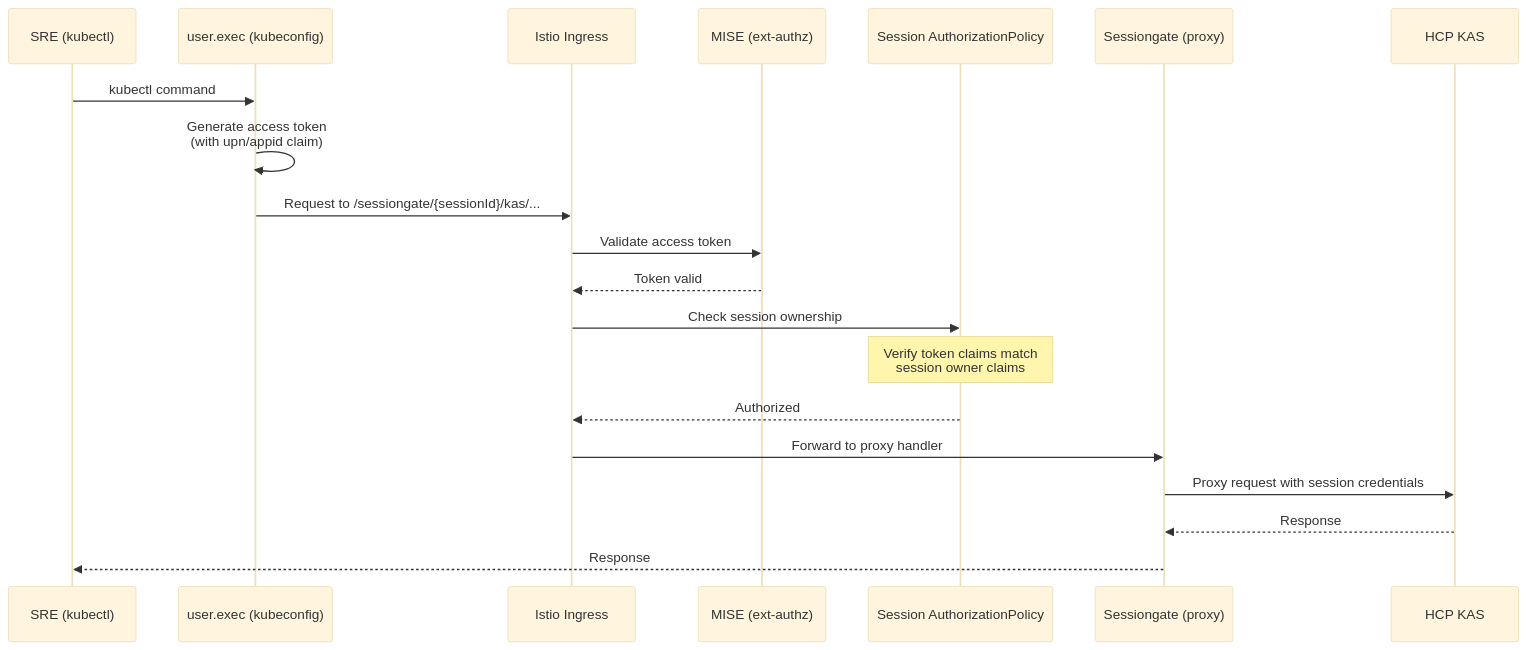
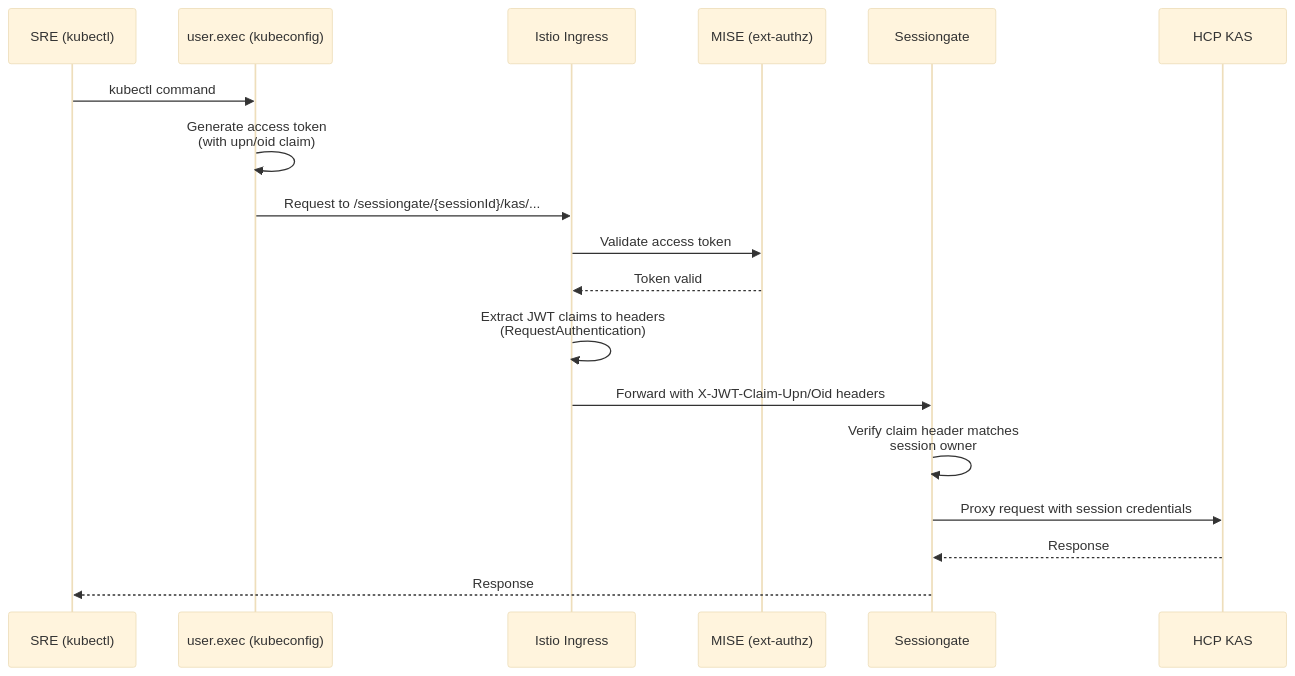
One commit to Azure/ARO-HCP changed the diagram in admin/breakglass.md. Above: the diagram before and after it, drawn with Mermaid (base theme). The commit also changed other lines of this file, not shown here.

````diff
--- a/admin/breakglass.md
+++ b/admin/breakglass.md
@@ -62,23 +62,21 @@
 ```mermaid
 sequenceDiagram
     participant SRE as SRE (kubectl)
     participant Exec as user.exec (kubeconfig)
     participant Istio as Istio Ingress
     participant MISE as MISE (ext-authz)
-    participant AuthPolicy as Session AuthorizationPolicy
-    participant SG as Sessiongate (proxy)
+    participant SG as Sessiongate
     participant HCP as HCP KAS
 
     SRE->>Exec: kubectl command
-    Exec->>Exec: Generate access token<br/>(with upn/appid claim)
+    Exec->>Exec: Generate access token<br/>(with upn/oid claim)
     Exec->>Istio: Request to /sessiongate/{sessionId}/kas/...
     Istio->>MISE: Validate access token
     MISE-->>Istio: Token valid
-    Istio->>AuthPolicy: Check session ownership
-    Note over AuthPolicy: Verify token claims match<br/>session owner claims
-    AuthPolicy-->>Istio: Authorized
-    Istio->>SG: Forward to proxy handler
+    Istio->>Istio: Extract JWT claims to headers<br/>(RequestAuthentication)
+    Istio->>SG: Forward with X-JWT-Claim-Upn/Oid headers
+    SG->>SG: Verify claim header matches<br/>session owner
     SG->>HCP: Proxy request with session credentials
     HCP-->>SG: Response
     SG-->>SRE: Response
 ```
````
